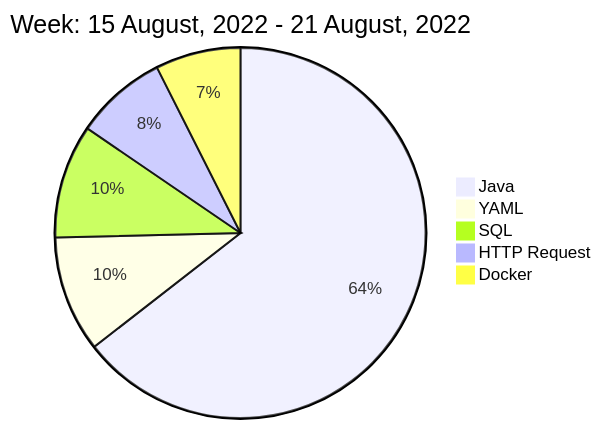
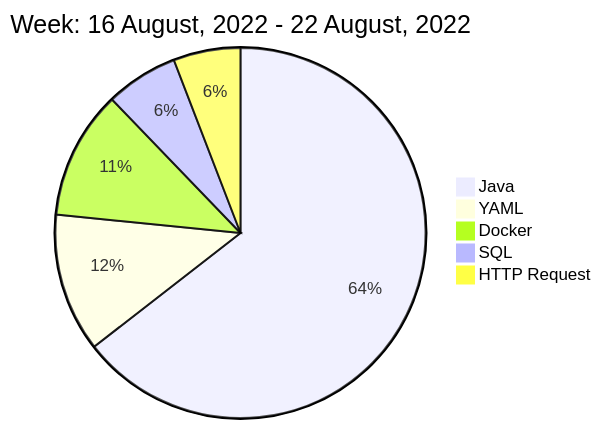
One commit to liubin95/liubin95 changed the diagram in README.md. Above: the diagram before and after it, drawn with Mermaid.

Commit message:
Updated the Graph with new Metrics

````diff
--- a/README.md
+++ b/README.md
@@ -40,9 +40,9 @@
 ```mermaid
  pie
-title Week: 15 August, 2022 - 21 August, 2022
- "Java" : 14.3
- "YAML" : 2.25
- "SQL" : 2.2
- "HTTP Request" : 1.78
- "Docker" : 1.65
+title Week: 16 August, 2022 - 22 August, 2022
+ "Java" : 13.22
+ "YAML" : 2.48
+ "Docker" : 2.3
+ "SQL" : 1.3
+ "HTTP Request" : 1.2
 ```
````
